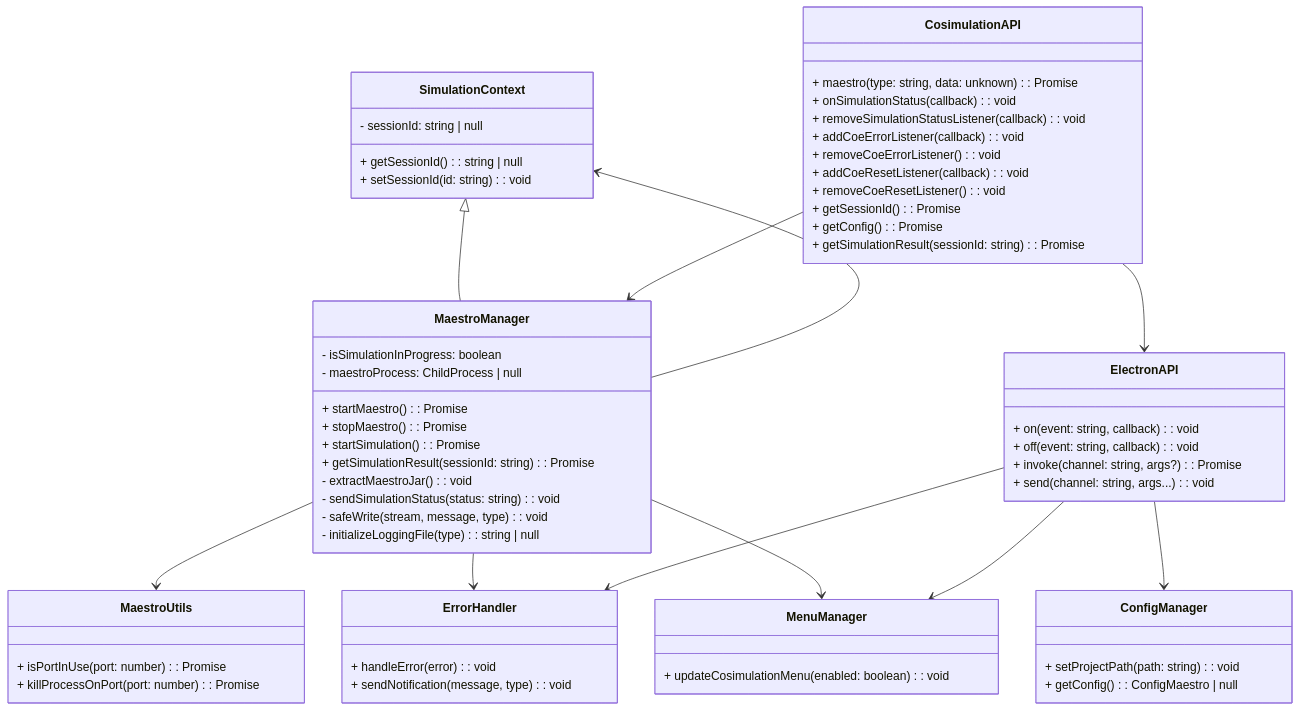
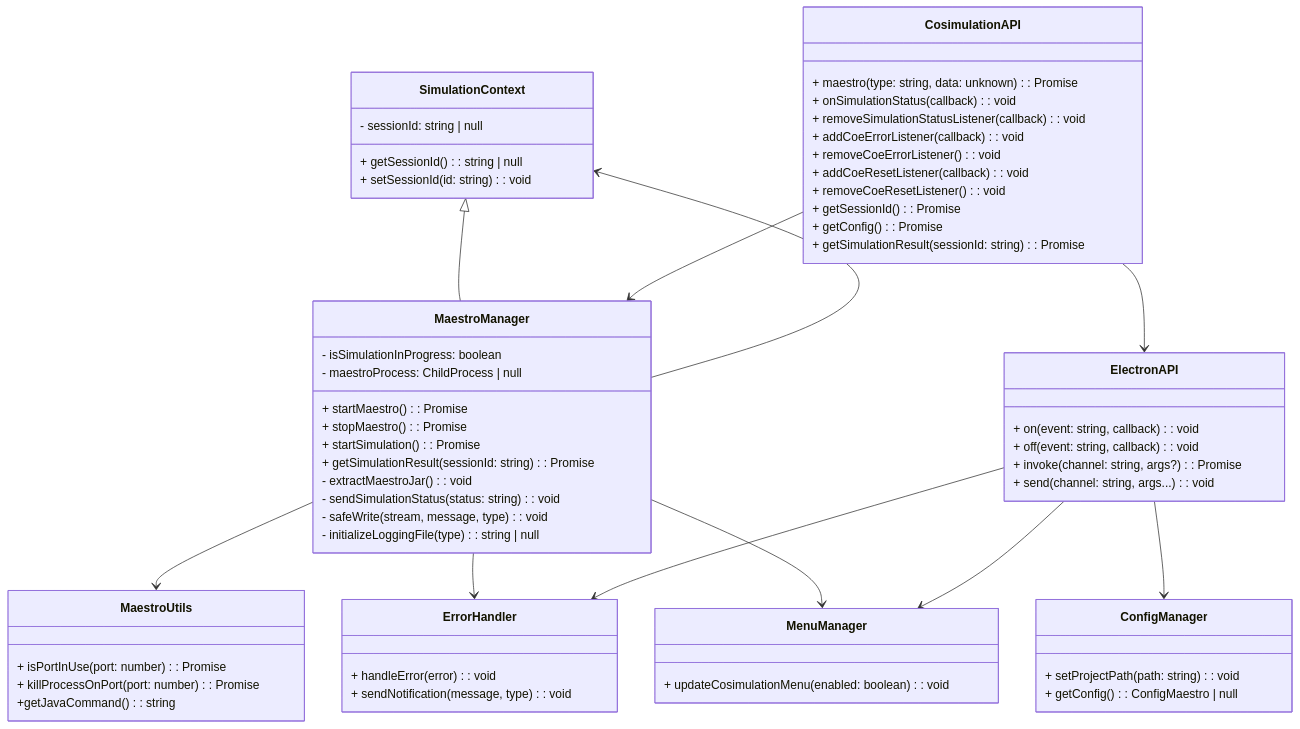
One commit to INTO-CPS-Association/into-cps-application changed the third of 6 diagrams in docs/APPLICATION LAYERS.md. Above: the diagram before and after it, drawn with Mermaid. The commit also changed other lines of this file and 5 other files, not shown here.

Commit message:
- Java Paths checks - Updated documentation for Java Versions - Integrated new function on diagrams

````diff
--- a/docs/APPLICATION LAYERS.md
+++ b/docs/APPLICATION LAYERS.md
@@ -236,79 +236,80 @@
 ```mermaid
 classDiagram
     %% Simulation Context %%
     class SimulationContext {
         - sessionId: string | null
         + getSessionId(): string | null
         + setSessionId(id: string): void
     }
 
     %% Maestro Manager %%
     class MaestroManager {
         + startMaestro(): Promise<MaestroResponse>
         + stopMaestro(): Promise<void>
         + startSimulation(): Promise<void>
         + getSimulationResult(sessionId: string): Promise<string>
         - extractMaestroJar(): void
         - sendSimulationStatus(status: string): void
         - isSimulationInProgress: boolean
         - maestroProcess: ChildProcess | null
         - safeWrite(stream, message, type): void
         - initializeLoggingFile(type): string | null
     }
 
     %% Cosimulation API %%
     class CosimulationAPI {
         + maestro(type: string, data: unknown): Promise<MaestroResponse>
         + onSimulationStatus(callback): void
         + removeSimulationStatusListener(callback): void
         + addCoeErrorListener(callback): void
         + removeCoeErrorListener(): void
         + addCoeResetListener(callback): void
         + removeCoeResetListener(): void
         + getSessionId(): Promise<string | null>
         + getConfig(): Promise<ConfigMaestro | null>
         + getSimulationResult(sessionId: string): Promise<string>
     }
 
     %% Electron API %%
     class ElectronAPI {
         + on(event: string, callback): void
         + off(event: string, callback): void
         + invoke(channel: string, args?): Promise<unknown>
         + send(channel: string, args...): void
     }
 
     %% Error Handler %%
     class ErrorHandler {
         + handleError(error): void
         + sendNotification(message, type): void
     }
 
     %% Maestro Process Utilities %%
     class MaestroUtils {
         + isPortInUse(port: number): Promise<boolean>
         + killProcessOnPort(port: number): Promise<void>
+        +getJavaCommand(): string
     }
 
     %% Menu Manager %%
     class MenuManager {
         + updateCosimulationMenu(enabled: boolean): void
     }
 
     %% Config Manager %%
     class ConfigManager {
         + setProjectPath(path: string): void
         + getConfig(): ConfigMaestro | null
     }
 
     SimulationContext <|-- MaestroManager
     CosimulationAPI --> MaestroManager
     MaestroManager --> MaestroUtils
     MaestroManager --> ErrorHandler
     MaestroManager --> MenuManager
     MaestroManager --> SimulationContext
     CosimulationAPI --> ElectronAPI
     ElectronAPI --> ErrorHandler
     ElectronAPI --> ConfigManager
     ElectronAPI --> MenuManager
 ```
````
